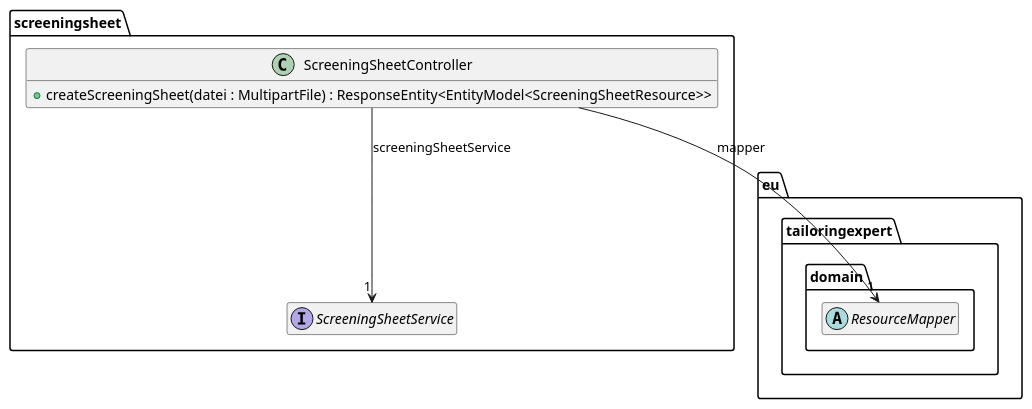
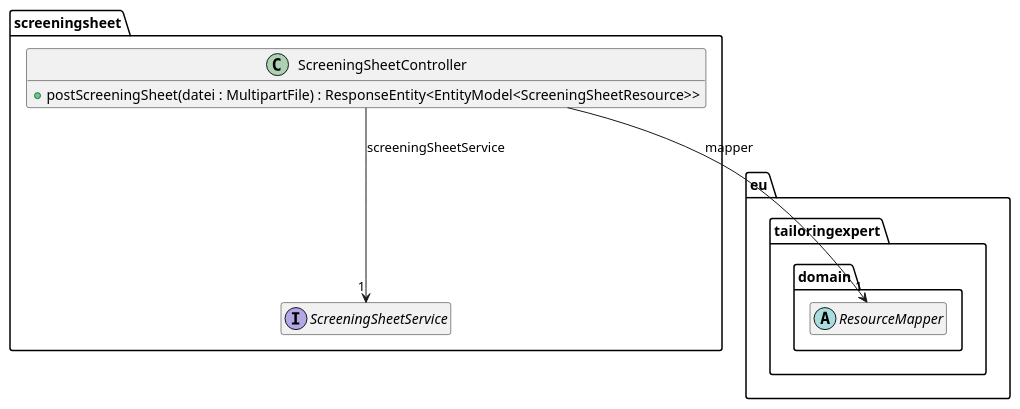
Before and after one commit to tailoringexpert/platform: the diagram in src/site/arc42/plantuml/rest/screeningsheet/Ebene3.plantuml, drawn with PlantUML. The commit also changed 69 other files, not shown here.

```diff
--- a/src/site/arc42/plantuml/rest/screeningsheet/Ebene3.plantuml
+++ b/src/site/arc42/plantuml/rest/screeningsheet/Ebene3.plantuml
@@ -1,22 +1,22 @@
 @startuml
 hide empty members
 
 package eu.tailoringexpert {
     package domain {
         abstract class ResourceMapper
     }
 }
 
 package screeningsheet {
 
     interface ScreeningSheetService {
     }
 
     class ScreeningSheetController {
-        +createScreeningSheet(datei : MultipartFile) : ResponseEntity<EntityModel<ScreeningSheetResource>>
+        +postScreeningSheet(datei : MultipartFile) : ResponseEntity<EntityModel<ScreeningSheetResource>>
     }
     ScreeningSheetController --> "1" ResourceMapper : mapper
     ScreeningSheetController --> "1" ScreeningSheetService : screeningSheetService
 
 }
 @enduml
```
